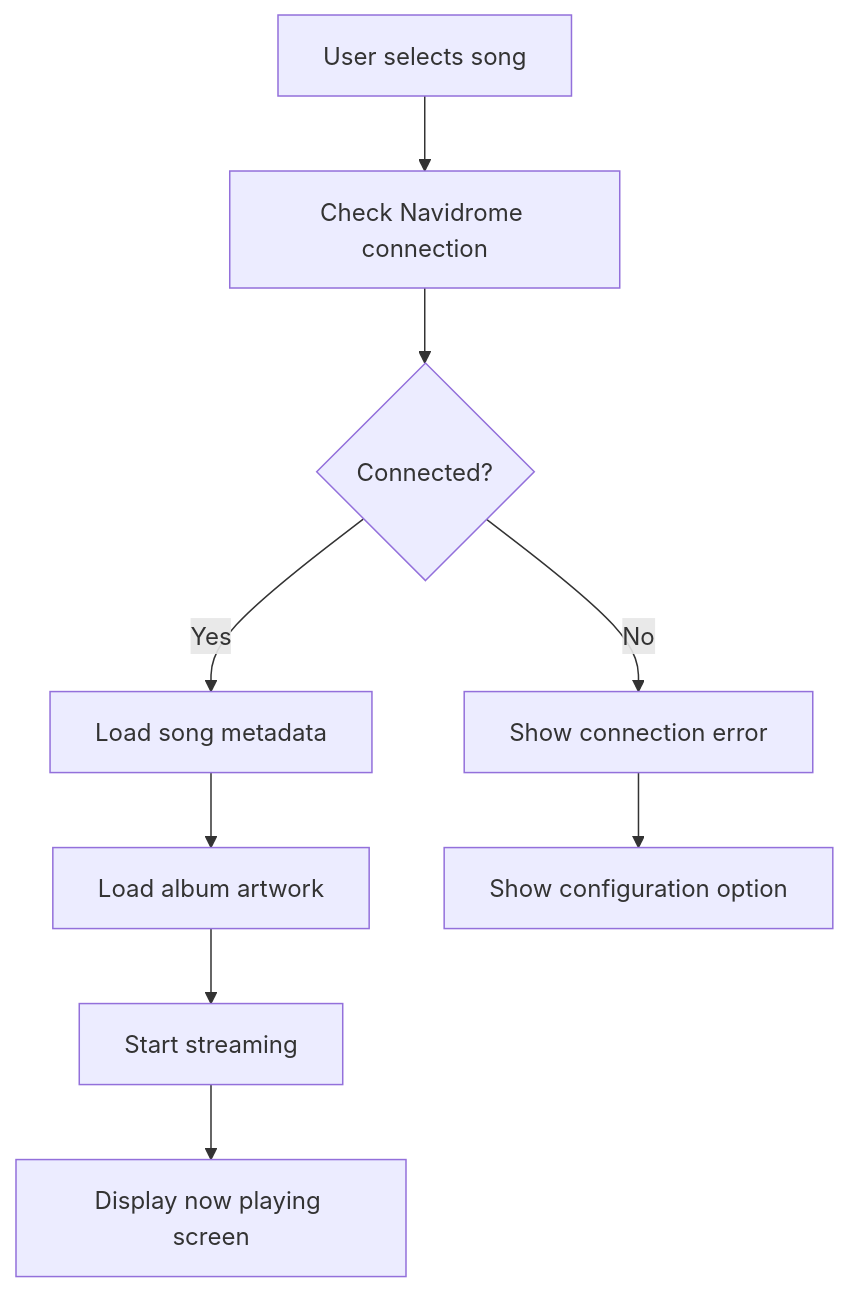
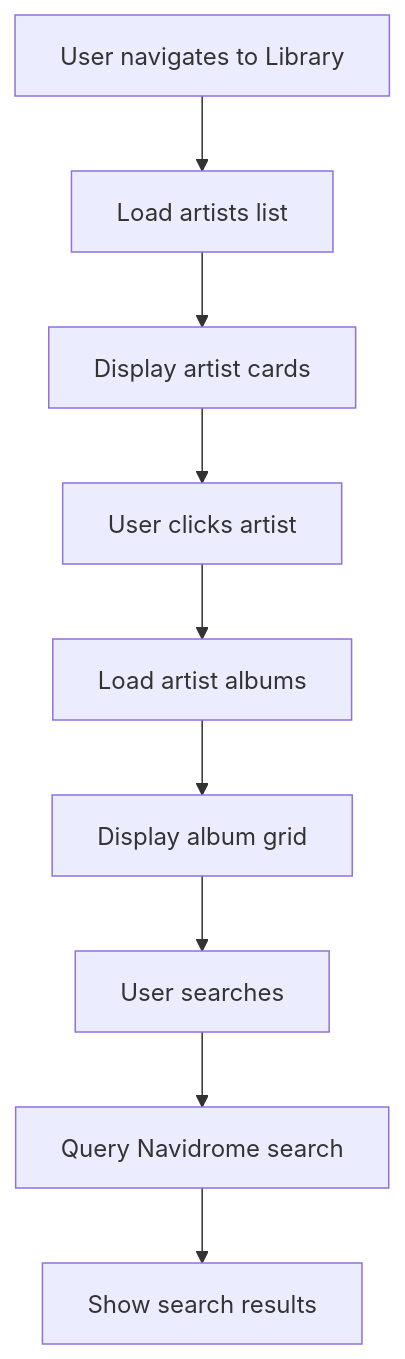
The second of 4 diagrams in docs/front-end-spec.md (lolimmlost/aidj), drawn with Mermaid before and after one commit. The commit also changed other lines of this file and 5 other files, not shown here.

````diff
--- a/docs/front-end-spec.md
+++ b/docs/front-end-spec.md
@@ -84,11 +72,11 @@
 ```mermaid
 graph TD
-    A[User selects song] --> B[Check Navidrome connection]
-    B --> C{Connected?}
-    C -->|Yes| D[Load song metadata]
-    C -->|No| E[Show connection error]
-    D --> F[Load album artwork]
-    F --> G[Start streaming]
-    G --> H[Display now playing screen]
-    E --> I[Show configuration option]
+    A[User navigates to Library] --> B[Load artists list]
+    B --> C[Display artist cards]
+    C --> D[User clicks artist]
+    D --> E[Load artist albums]
+    E --> F[Display album grid]
+    F --> G[User searches]
+    G --> H[Query Navidrome search]
+    H --> I[Show search results]
 ```
````
